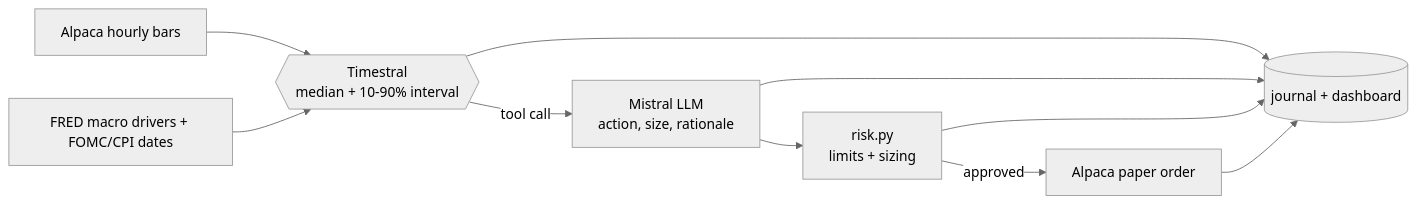
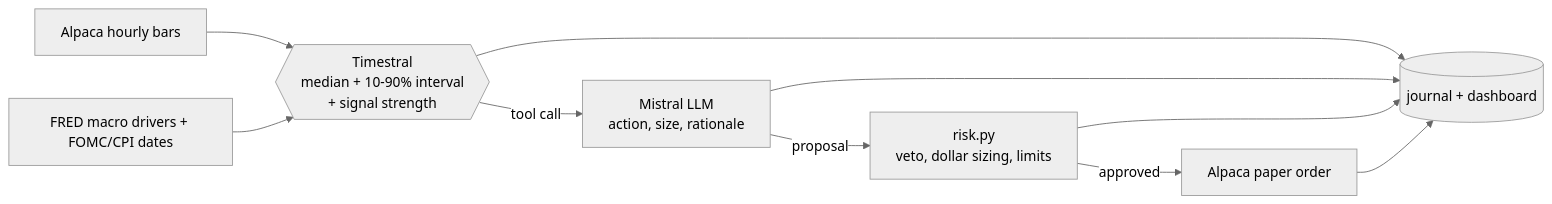
Before and after one commit to capucine-masson/paper-trading: the diagram in README.md, drawn with Mermaid (neutral theme). The commit also changed other lines of this file and 27 other files, not shown here.

Commit message:
Replace LLM confidence with a code-computed signal strength

````diff
--- a/README.md
+++ b/README.md
@@ -16,9 +24,9 @@
 ```mermaid
 flowchart LR
     A[Alpaca hourly bars] --> T
     F[FRED macro drivers + FOMC/CPI dates] --> T
-    T{{Timestral<br/>median + 10-90% interval}} -->|tool call| L[Mistral LLM<br/>action, size, rationale]
-    L --> R[risk.py<br/>limits + sizing]
+    T{{Timestral<br/>median + 10-90% interval<br/>+ signal strength}} -->|tool call| L[Mistral LLM<br/>action, size, rationale]
+    L -->|proposal| R[risk.py<br/>veto, dollar sizing, limits]
     R -->|approved| O[Alpaca paper order]
     T & L & R & O --> J[(journal + dashboard)]
 ```
````
